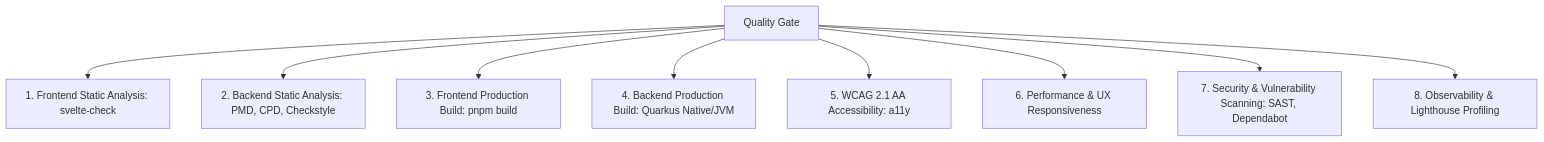
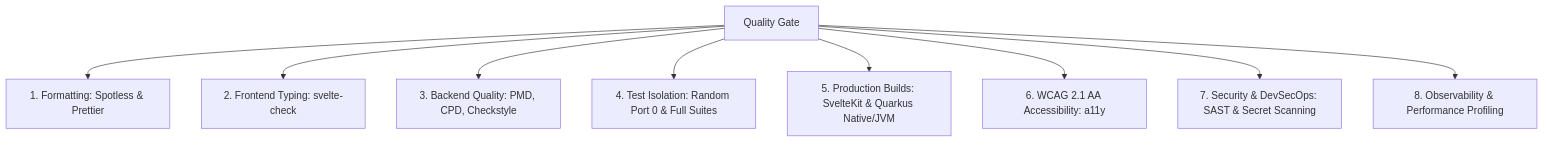
One commit to fmatar/sealit changed the diagram in .agent/skills/sdlc-quality-gate/SKILL.md. Above: the diagram before and after it, drawn with Mermaid. The commit also changed other lines of this file and 28 other files, not shown here.

````diff
--- a/.agent/skills/sdlc-quality-gate/SKILL.md
+++ b/.agent/skills/sdlc-quality-gate/SKILL.md
@@ -16,11 +17,11 @@
 ```mermaid
 graph TD
-    A[Quality Gate] --> B[1. Frontend Static Analysis: svelte-check]
-    A --> C[2. Backend Static Analysis: PMD, CPD, Checkstyle]
-    A --> D[3. Frontend Production Build: pnpm build]
-    A --> E[4. Backend Production Build: Quarkus Native/JVM]
-    A --> F[5. WCAG 2.1 AA Accessibility: a11y]
-    A --> G[6. Performance & UX Responsiveness]
-    A --> H[7. Security & Vulnerability Scanning: SAST, Dependabot]
-    A --> I[8. Observability & Lighthouse Profiling]
+    A[Quality Gate] --> B[1. Formatting: Spotless & Prettier]
+    A --> C[2. Frontend Typing: svelte-check]
+    A --> D[3. Backend Quality: PMD, CPD, Checkstyle]
+    A --> E[4. Test Isolation: Random Port 0 & Full Suites]
+    A --> F[5. Production Builds: SvelteKit & Quarkus Native/JVM]
+    A --> G[6. WCAG 2.1 AA Accessibility: a11y]
+    A --> H[7. Security & DevSecOps: SAST & Secret Scanning]
+    A --> I[8. Observability & Performance Profiling]
 ```
````
